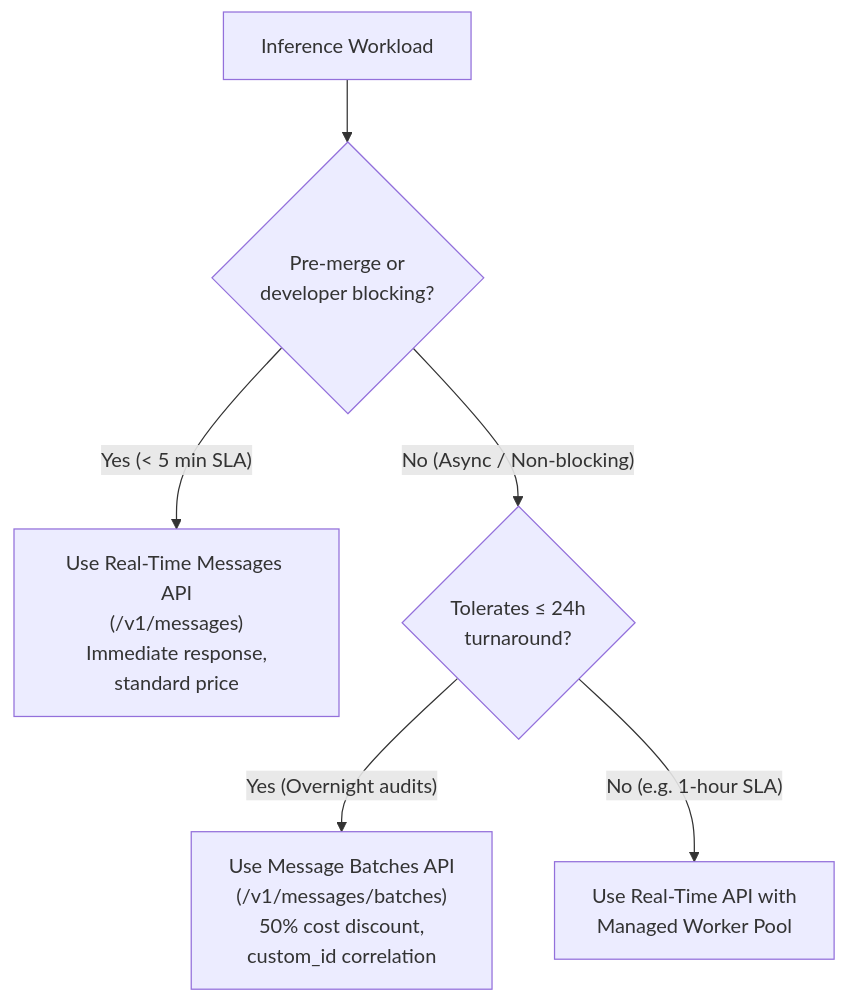
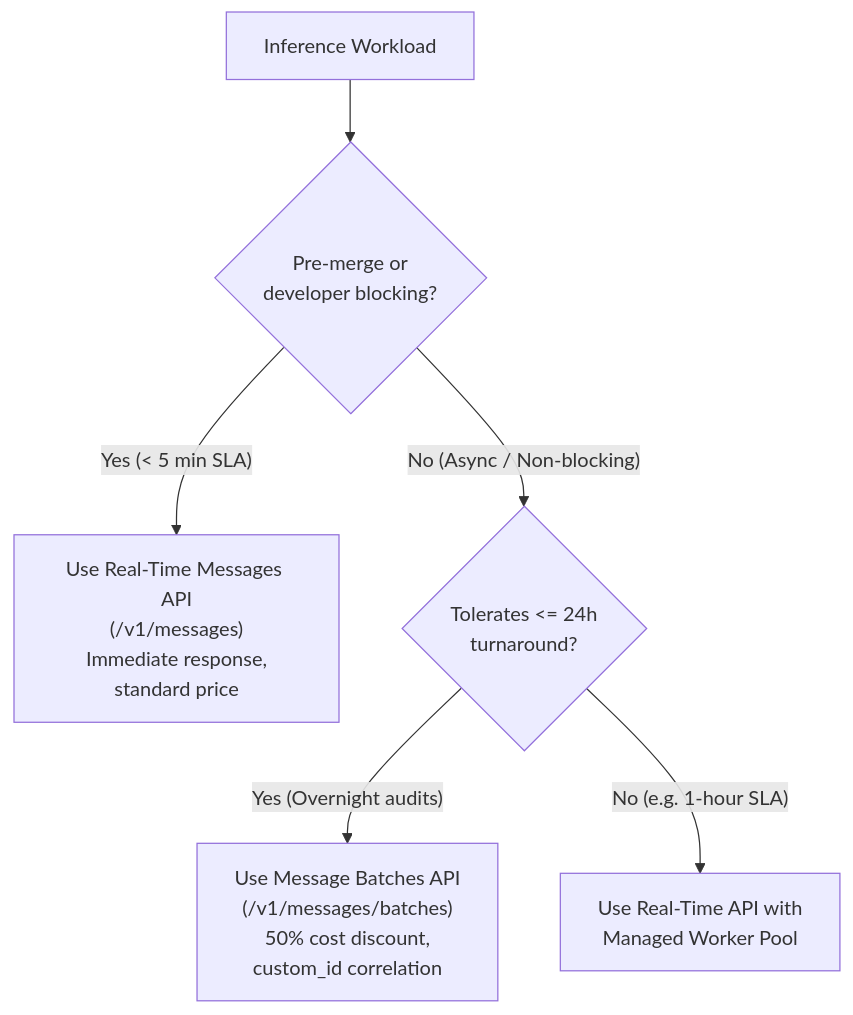
The second of 6 diagrams in scenarios/MASTER_SCENARIO_PRACTICE.md (dip4k/claude_cert_architect_foundation_prep), drawn with Mermaid before and after one commit. The commit also changed other lines of this file and 31 other files, not shown here.

Commit message:
docs: standardize October 2026 Mermaid syntax, align Domain 5 to official 15% weight, and enrich Prompt Caching architecture

````diff
--- a/scenarios/MASTER_SCENARIO_PRACTICE.md
+++ b/scenarios/MASTER_SCENARIO_PRACTICE.md
@@ -58,12 +58,12 @@
 ```mermaid
 flowchart TD
     Workload["Inference Workload"] --> LatencyCheck{"Pre-merge or<br>developer blocking?"}
     
-    LatencyCheck -- "Yes (&lt; 5 min SLA)" --> RealTimeAPI["Use Real-Time Messages API<br>(/v1/messages)<br>Immediate response,<br>standard price"]
+    LatencyCheck -- "Yes (< 5 min SLA)" --> RealTimeAPI["Use Real-Time Messages API<br>(/v1/messages)<br>Immediate response,<br>standard price"]
     
-    LatencyCheck -- "No (Async / Non-blocking)" --> SLA24Check{"Tolerates &le; 24h<br>turnaround?"}
+    LatencyCheck -- "No (Async / Non-blocking)" --> SLA24Check{"Tolerates <= 24h<br>turnaround?"}
     
     SLA24Check -- "Yes (Overnight audits)" --> BatchesAPI["Use Message Batches API<br>(/v1/messages/batches)<br>50% cost discount,<br>custom_id correlation"]
     
     SLA24Check -- "No (e.g. 1-hour SLA)" --> WorkerPool["Use Real-Time API with<br>Managed Worker Pool"]
 ```
````
